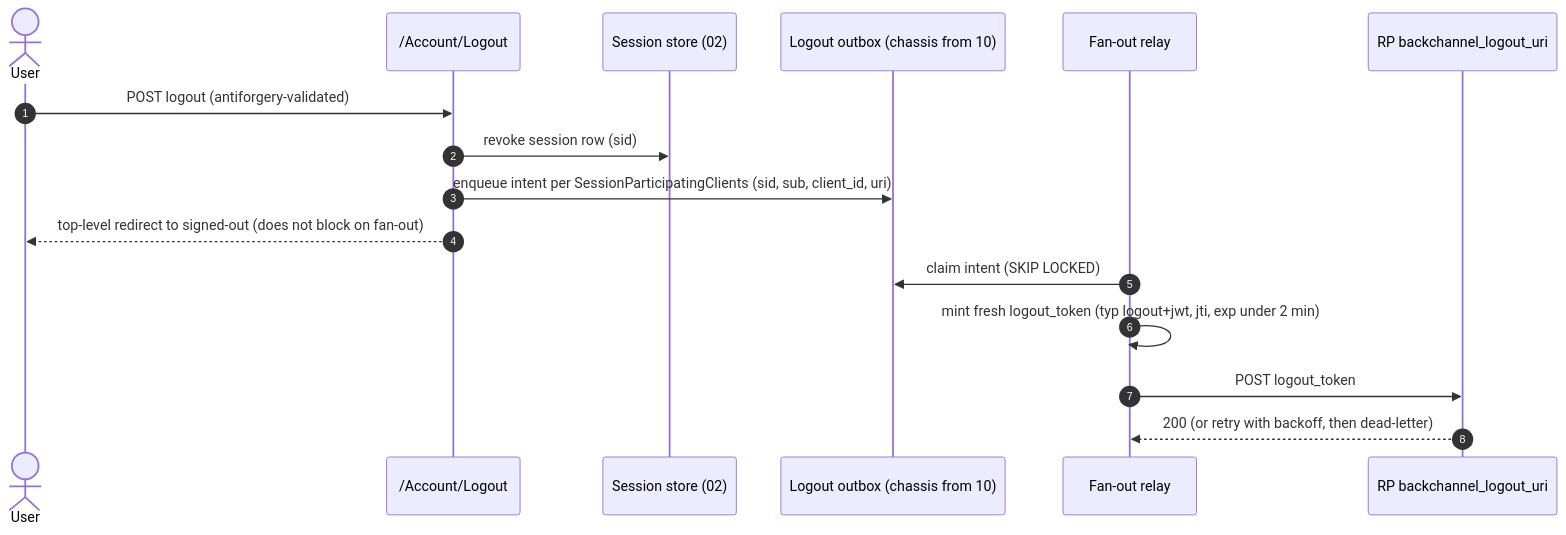
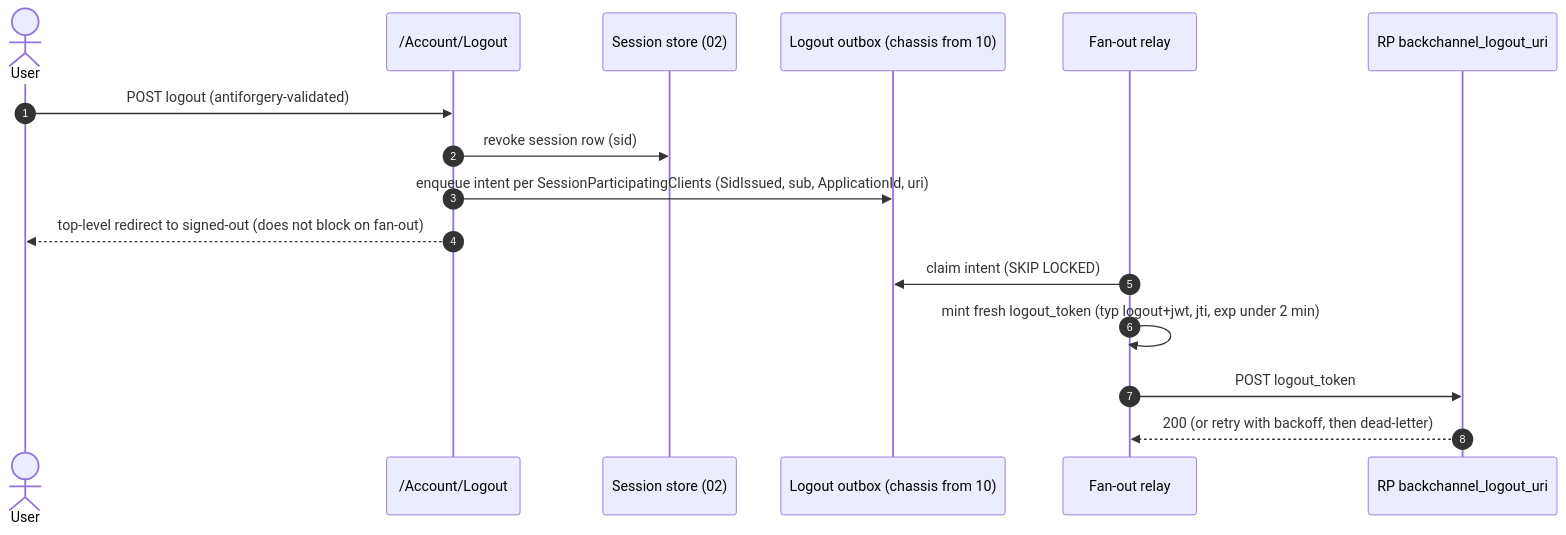
The third of 5 diagrams in docs/design/11-login-consent-ui.md (namphuongtran/nami), drawn with Mermaid before and after one commit. The commit also changed other lines of this file and 5 other files, not shown here.

````diff
--- a/docs/design/11-login-consent-ui.md
+++ b/docs/design/11-login-consent-ui.md
@@ -240,19 +241,19 @@
 ```mermaid
 sequenceDiagram
   autonumber
   actor U as User
   participant LO as /Account/Logout
   participant SS as Session store (02)
   participant OB as Logout outbox (chassis from 10)
   participant RB as Fan-out relay
   participant RP as RP backchannel_logout_uri
 
   U->>LO: POST logout (antiforgery-validated)
   LO->>SS: revoke session row (sid)
-  LO->>OB: enqueue intent per SessionParticipatingClients (sid, sub, client_id, uri)
+  LO->>OB: enqueue intent per SessionParticipatingClients (SidIssued, sub, ApplicationId, uri)
   LO-->>U: top-level redirect to signed-out (does not block on fan-out)
   RB->>OB: claim intent (SKIP LOCKED)
   RB->>RB: mint fresh logout_token (typ logout+jwt, jti, exp under 2 min)
   RB->>RP: POST logout_token
   RP-->>RB: 200 (or retry with backoff, then dead-letter)
 ```
````
